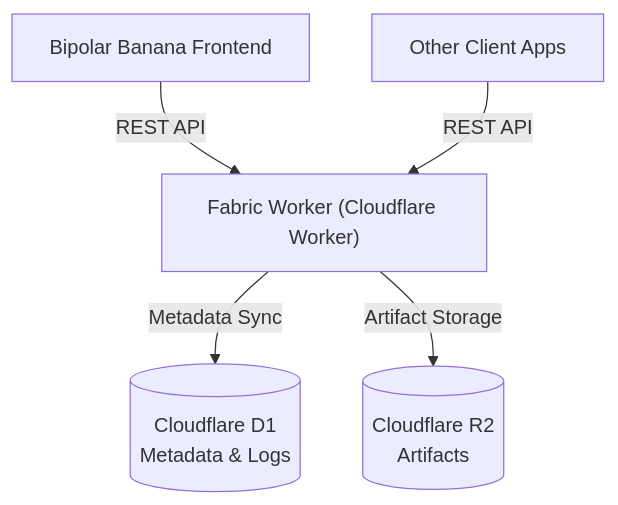
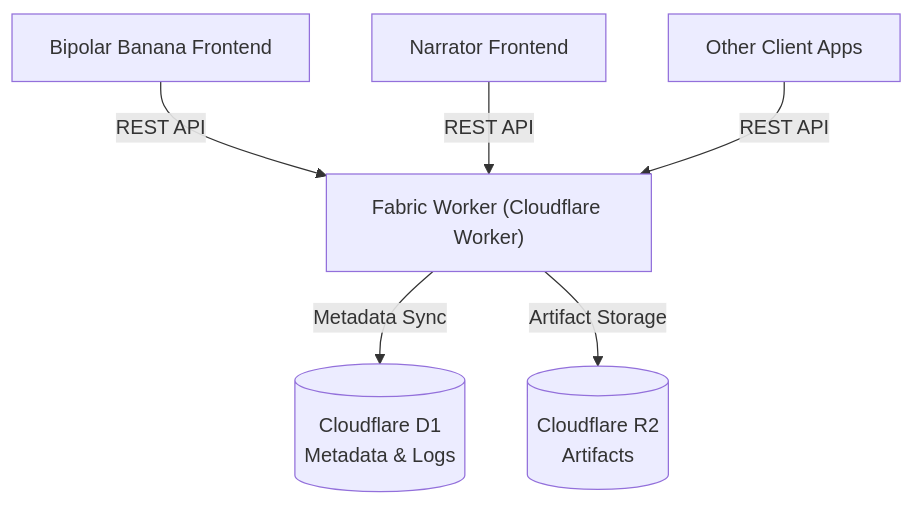
One commit to dmquant/fabric changed the diagram in worker/README.md. Above: the diagram before and after it, drawn with Mermaid. The commit also changed other lines of this file, not shown here.

Commit message:
update worker README

````diff
--- a/worker/README.md
+++ b/worker/README.md
@@ -8,12 +8,14 @@
 ```mermaid
 graph TD
     BB[Bipolar Banana Frontend]
+    NR[Narrator Frontend]
     OC[Other Client Apps]
     Worker["Fabric Worker (Cloudflare Worker)"]
     D1[(Cloudflare D1<br/>Metadata & Logs)]
     R2[(Cloudflare R2<br/>Artifacts)]
     BB -->|REST API| Worker
+    NR -->|REST API| Worker
     OC -->|REST API| Worker
     Worker -->|Metadata Sync| D1
     Worker -->|Artifact Storage| R2
 ```
````
